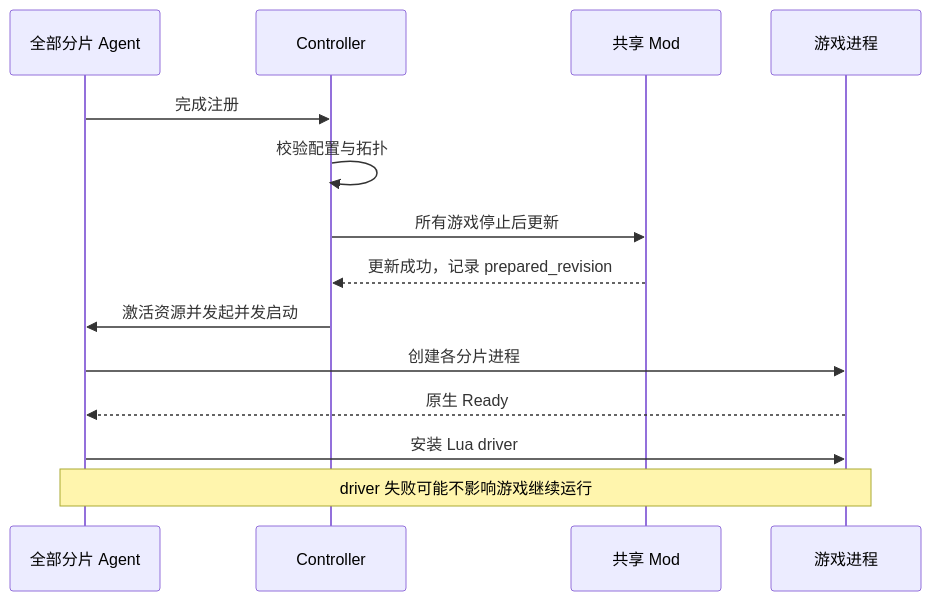
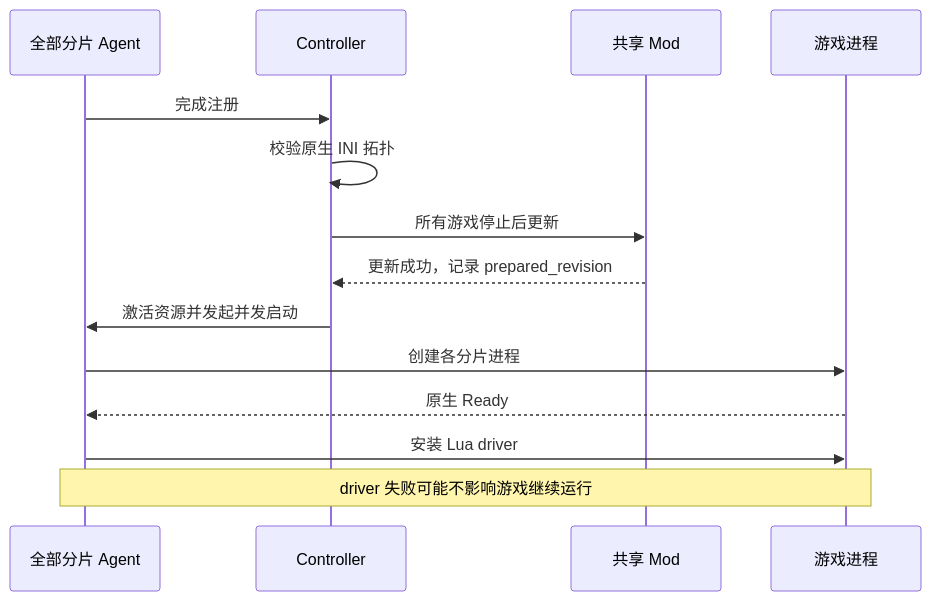
The second of 4 diagrams in README.zh-Hans.md (LetsStarveTogether/dst-server), drawn with Mermaid before and after one commit. The commit also changed other lines of this file and 126 other files, not shown here.

````diff
--- a/README.zh-Hans.md
+++ b/README.zh-Hans.md
@@ -369,16 +501,16 @@
 ```mermaid
 sequenceDiagram
     participant A as 全部分片 Agent
     participant C as Controller
     participant M as 共享 Mod
     participant G as 游戏进程
     A->>C: 完成注册
-    C->>C: 校验配置与拓扑
+    C->>C: 校验原生 INI 拓扑
     C->>M: 所有游戏停止后更新
     M-->>C: 更新成功，记录 prepared_revision
     C->>A: 激活资源并发起并发启动
     A->>G: 创建各分片进程
     G-->>A: 原生 Ready
     A->>G: 安装 Lua driver
     Note over A,G: driver 失败可能不影响游戏继续运行
 ```
````
